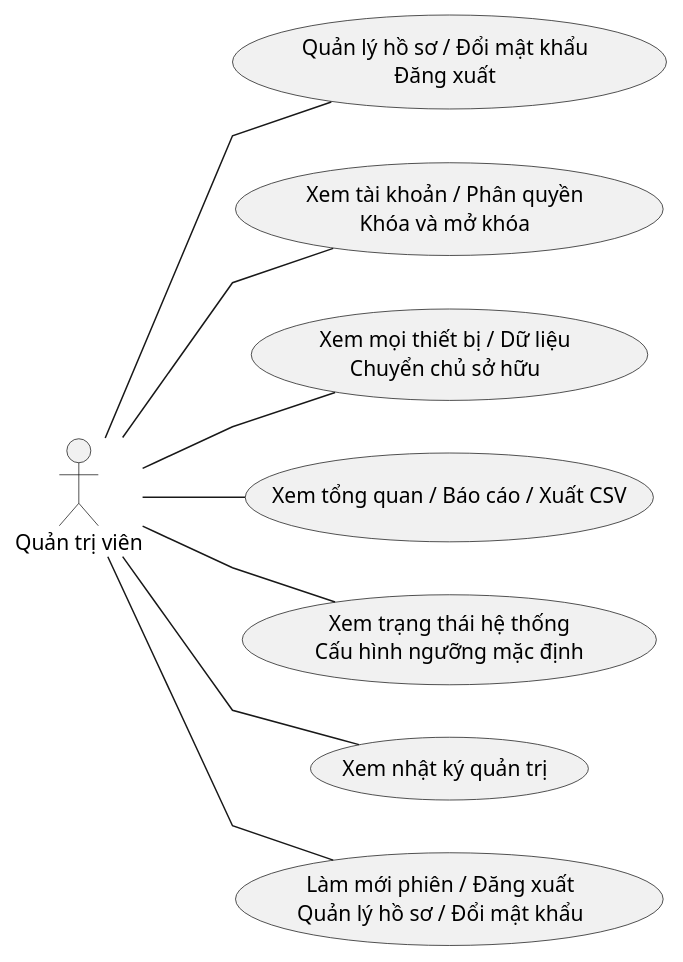
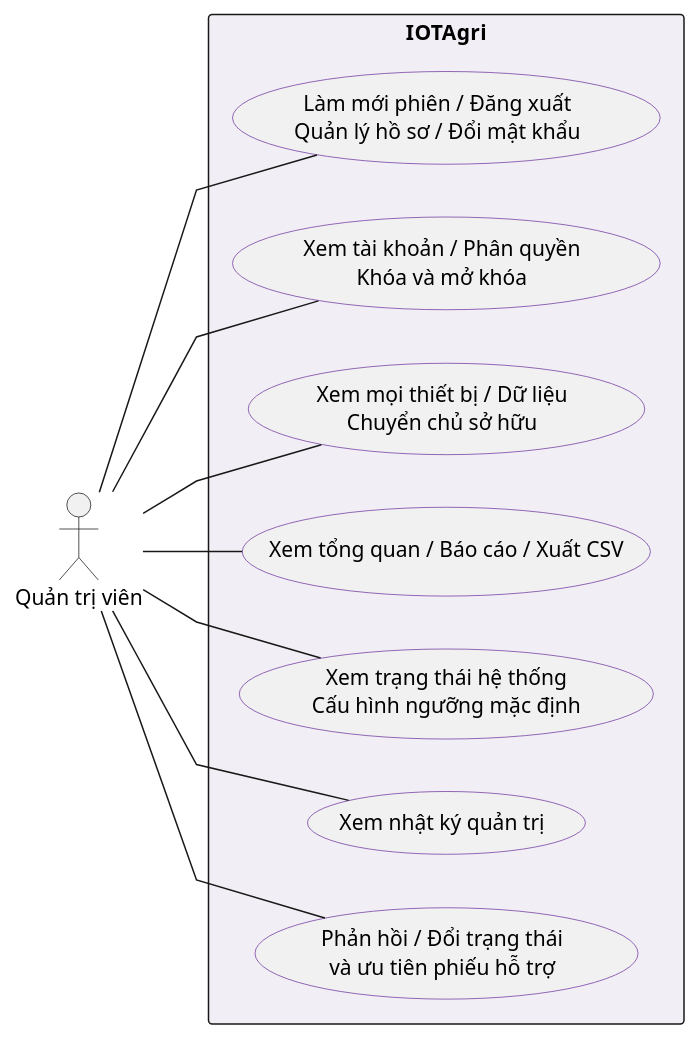
Before and after one commit to huuanh1411/IOTAgri: the third of 5 diagrams in docs/diagrams/use-case.puml, drawn with PlantUML. The commit also changed other lines of this file and 17 other files, not shown here.

Commit message:
docs: match UML reference with actors outside system boundary

```diff
--- a/docs/diagrams/use-case.puml
+++ b/docs/diagrams/use-case.puml
@@ -49,23 +57,27 @@
 @startuml use-case-admin
 left to right direction
 skinparam actorStyle stickman
 skinparam shadowing false
 skinparam linetype polyline
-' Một sơ đồ cho mỗi actor; không dùng khung bao.
-' SVG do render-use-cases.py xuất có actor ở giữa, use case tỏa ra hai bên.
+skinparam usecaseBorderColor #7138A0
+skinparam rectangleBackgroundColor #F1EEF5
+' Actor ở ngoài khung hệ thống; các use case bố trí so le bên trong.
+' SVG do render-use-cases.py xuất giữ bố cục theo hình mẫu UML.
 actor "Quản trị viên" as Admin
-usecase "Quản lý hồ sơ / Đổi mật khẩu\nĐăng xuất" as AdminUC1
-usecase "Xem tài khoản / Phân quyền\nKhóa và mở khóa" as AdminUC2
-usecase "Xem mọi thiết bị / Dữ liệu\nChuyển chủ sở hữu" as AdminUC3
-usecase "Xem tổng quan / Báo cáo / Xuất CSV" as AdminUC4
-usecase "Xem trạng thái hệ thống\nCấu hình ngưỡng mặc định" as AdminUC5
-usecase "Xem nhật ký quản trị" as AdminUC6
-usecase "Làm mới phiên / Đăng xuất\nQuản lý hồ sơ / Đổi mật khẩu" as AdminUC7
+rectangle "IOTAgri" {
+  usecase "Làm mới phiên / Đăng xuất\nQuản lý hồ sơ / Đổi mật khẩu" as AdminUC1
+  usecase "Xem tài khoản / Phân quyền\nKhóa và mở khóa" as AdminUC2
+  usecase "Xem mọi thiết bị / Dữ liệu\nChuyển chủ sở hữu" as AdminUC3
+  usecase "Xem tổng quan / Báo cáo / Xuất CSV" as AdminUC4
+  usecase "Xem trạng thái hệ thống\nCấu hình ngưỡng mặc định" as AdminUC5
+  usecase "Xem nhật ký quản trị" as AdminUC6
+  usecase "Phản hồi / Đổi trạng thái\nvà ưu tiên phiếu hỗ trợ" as AdminUC7
+}
 Admin -- AdminUC1
 Admin -- AdminUC2
 Admin -- AdminUC3
 Admin -- AdminUC4
 Admin -- AdminUC5
 Admin -- AdminUC6
 Admin -- AdminUC7
 @enduml
```
